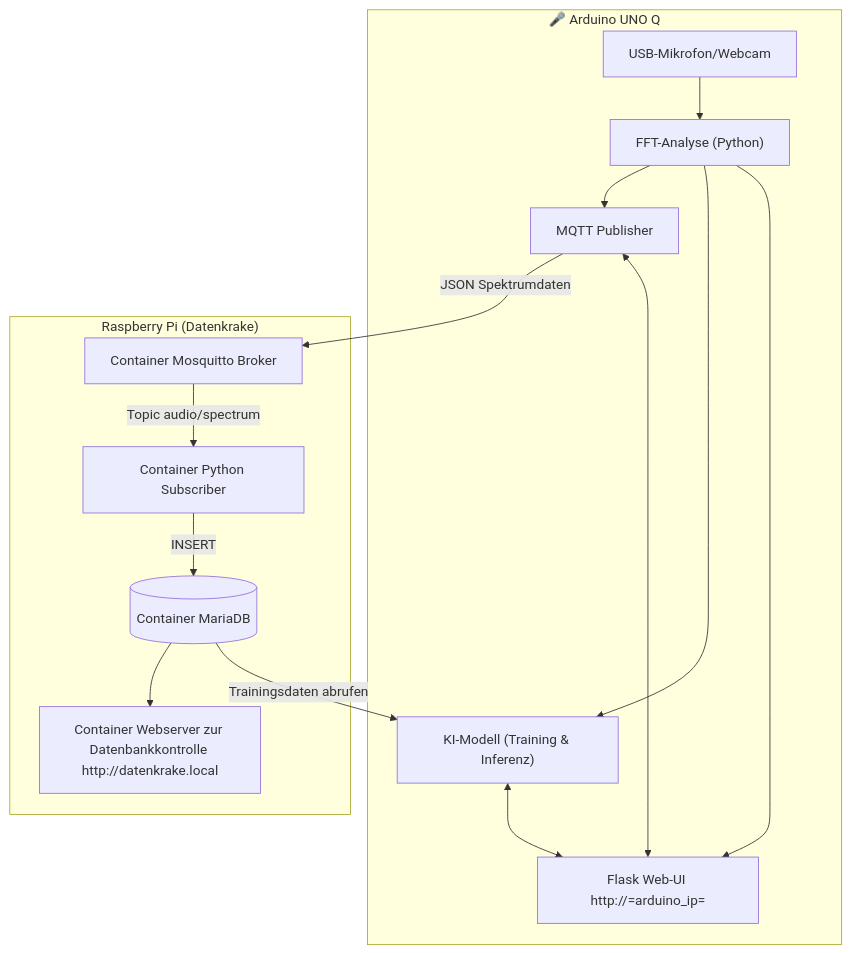
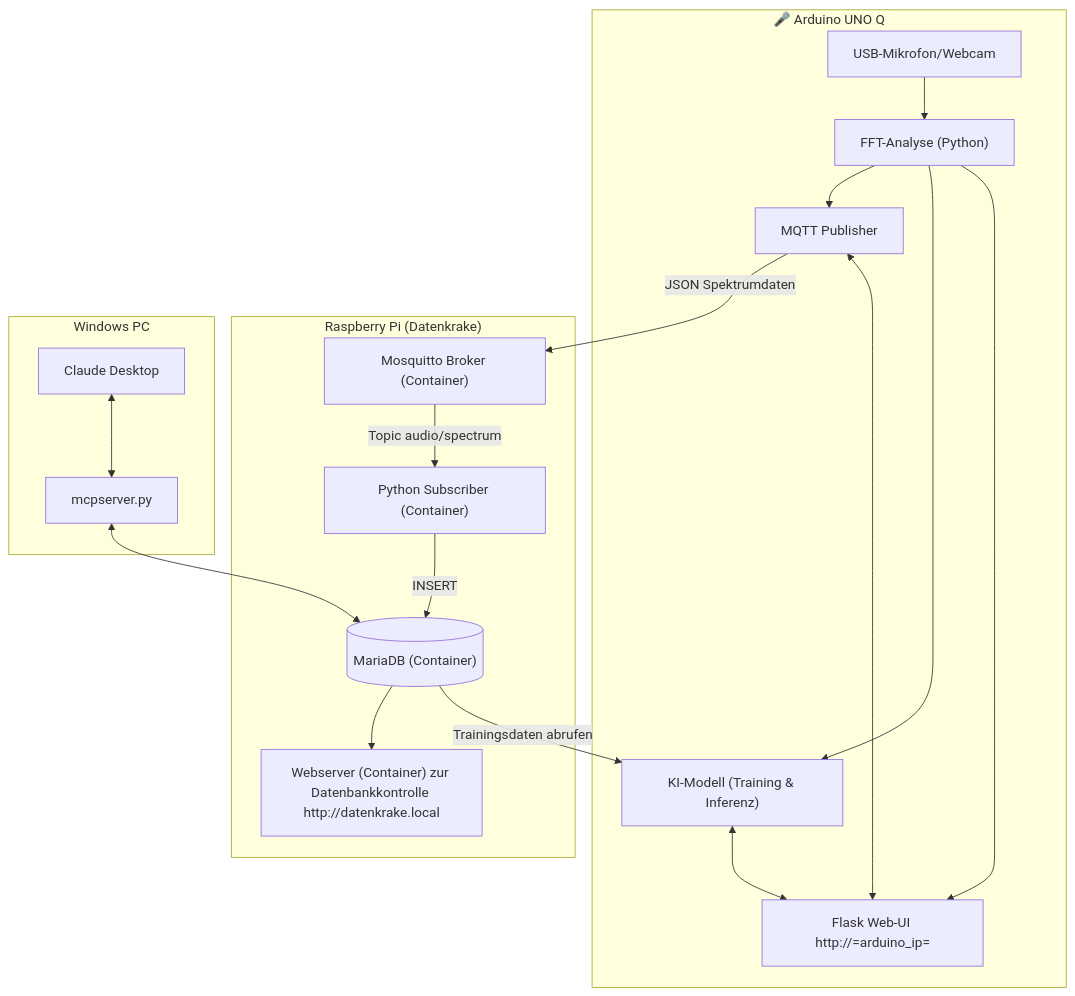
The first of 3 diagrams in README.md (FlowTheTensor/Datenkrake), drawn with Mermaid before and after one commit.

Commit message:
MCP in großes Mermaid in Readme

````diff
--- a/README.md
+++ b/README.md
@@ -50,25 +50,31 @@
 ```mermaid
 flowchart TD
 subgraph AQ["🎤 Arduino UNO Q"]
   MIC["USB-Mikrofon/Webcam"]
   FFT["FFT-Analyse (Python)"]
   MQTT["MQTT Publisher"]
   ML["KI-Modell (Training & Inferenz)"]
   WEB["Flask Web-UI http://=arduino_ip="]
   MIC --> FFT
   FFT --> MQTT
   FFT --> ML
   FFT --> WEB
   ML <--> WEB
   WEB <--> MQTT
 end
 MQTT -->|JSON Spektrumdaten| MQ
 subgraph RPi["Raspberry Pi (Datenkrake)"]
-MQ["Container Mosquitto Broker"]
-WEBS["Container Webserver zur Datenbankkontrolle http://datenkrake.local"]
-MQ -->|Topic audio/spectrum| SUB["Container Python Subscriber"]
-SUB -->|INSERT| DB[("Container MariaDB")]
-DB --> WEBS
+  MQ["Mosquitto Broker (Container)"]
+  WEBS["Webserver (Container) zur Datenbankkontrolle http://datenkrake.local"]
+  MQ -->|Topic audio/spectrum| SUB["Python Subscriber (Container)"]
+  SUB -->|INSERT| DB[("MariaDB (Container)")]
+  DB --> WEBS
 end
 DB -->|Trainingsdaten abrufen| ML
+subgraph WIN["Windows PC"]
+  CL["Claude Desktop"]
+  MCPS["mcpserver.py"]
+  CL <--> MCPS
+  MCPS <--> DB
+end
 ```
````
